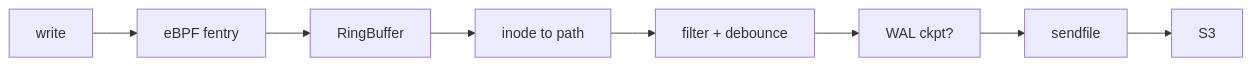
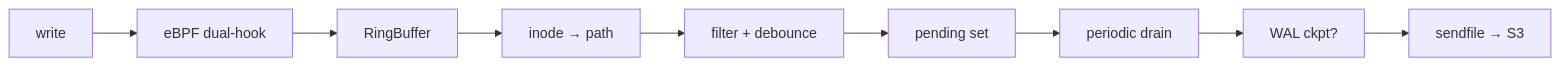
Before and after one commit to hoard-project/hoard: the diagram in README.md, drawn with Mermaid. The commit also changed other lines of this file and 6 other files, not shown here.

````diff
--- a/README.md
+++ b/README.md
@@ -7,10 +6,11 @@
 ```mermaid
 flowchart LR
-    A[write] --> B[eBPF fentry]
+    A[write] --> B[eBPF dual-hook]
     B --> C[RingBuffer]
-    C --> D[inode to path]
+    C --> D[inode → path]
     D --> E[filter + debounce]
-    E --> F[WAL ckpt?]
-    F --> G[sendfile]
-    G --> H[S3]
+    E --> F[pending set]
+    F --> G[periodic drain]
+    G --> H[WAL ckpt?]
+    H --> I[sendfile → S3]
 ```
````
